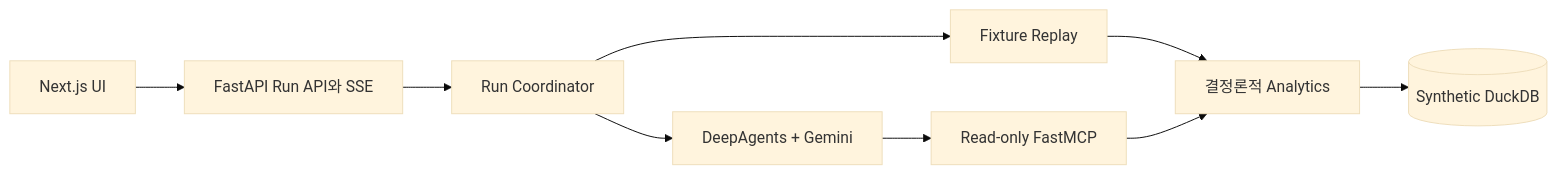
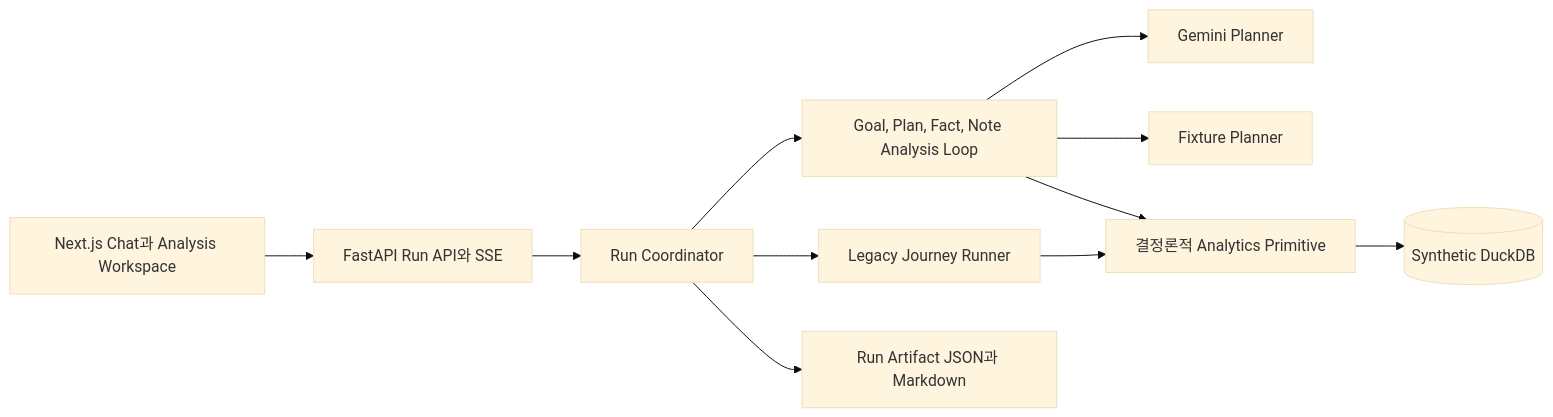
One commit to up-jincy/catch-catch changed the diagram in README.md. Above: the diagram before and after it, drawn with Mermaid (base theme). The commit also changed other lines of this file and 6 other files, not shown here.

````diff
--- a/README.md
+++ b/README.md
@@ -24,11 +47,13 @@
 ```mermaid
 flowchart LR
-  UI["Next.js UI"] --> API["FastAPI Run API와 SSE"]
+  UI["Next.js Chat과 Analysis Workspace"] --> API["FastAPI Run API와 SSE"]
   API --> COORD["Run Coordinator"]
-  COORD --> GEMINI["DeepAgents + Gemini"]
-  COORD --> FIXTURE["Fixture Replay"]
-  GEMINI --> MCP["Read-only FastMCP"]
-  FIXTURE --> ANALYTICS["결정론적 Analytics"]
-  MCP --> ANALYTICS
+  COORD --> LOOP["Goal, Plan, Fact, Note Analysis Loop"]
+  COORD --> LEGACY["Legacy Journey Runner"]
+  LOOP --> GEMINI["Gemini Planner"]
+  LOOP --> FIXTURE["Fixture Planner"]
+  LOOP --> ANALYTICS["결정론적 Analytics Primitive"]
+  LEGACY --> ANALYTICS
   ANALYTICS --> DB[("Synthetic DuckDB")]
+  COORD --> ARTIFACT["Run Artifact JSON과 Markdown"]
 ```
````
